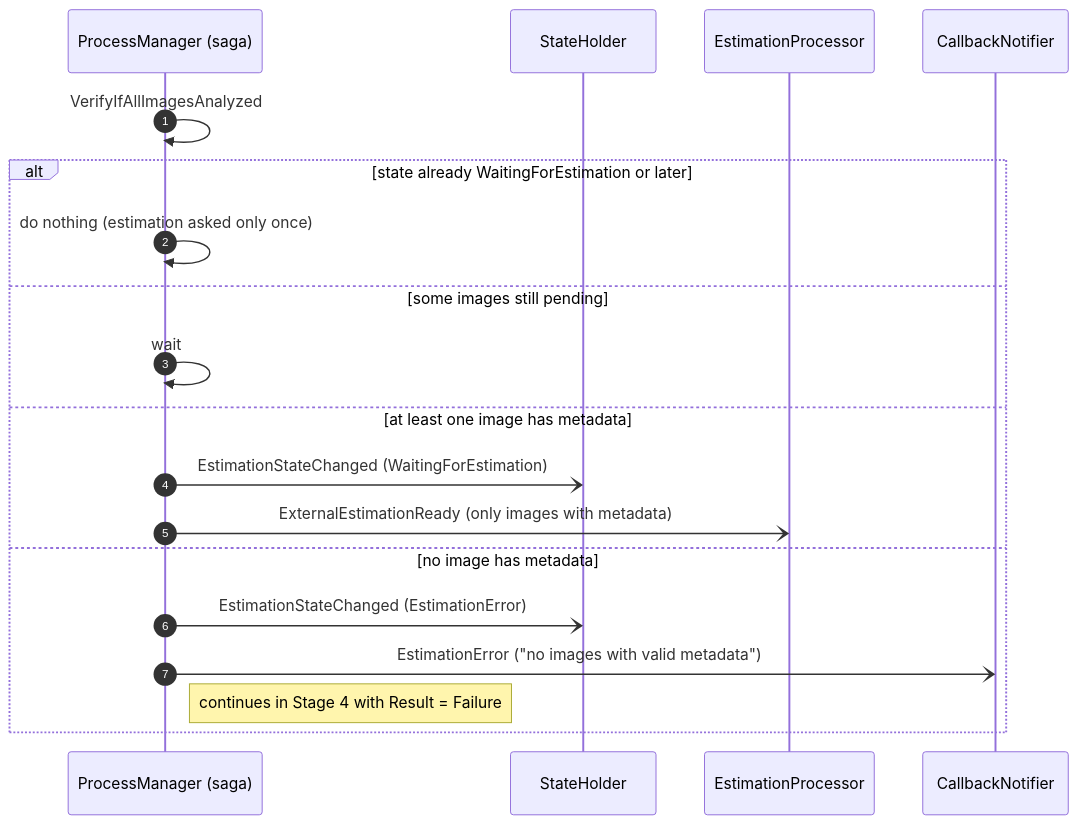
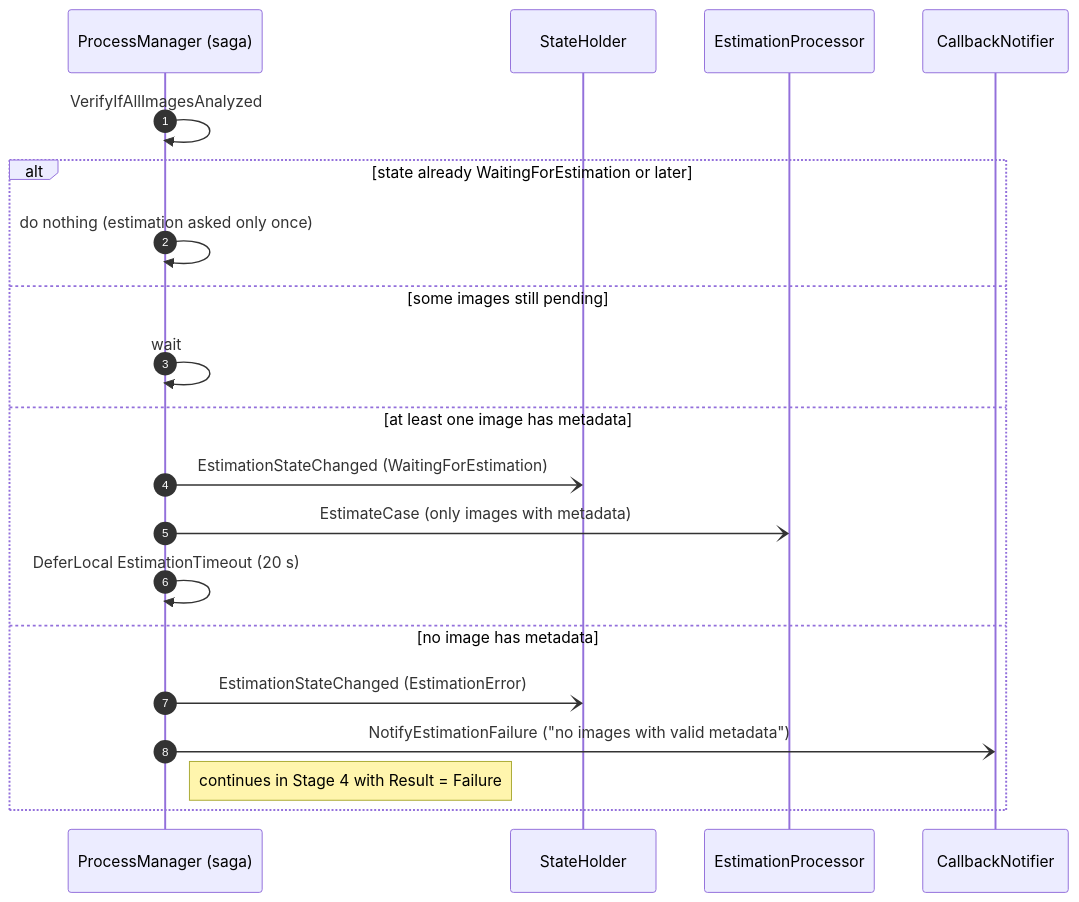
The seventh of 11 diagrams in docs/messages-flow.md (hbiarge/Estimations), drawn with Mermaid before and after one commit. The commit also changed other lines of this file and 106 other files, not shown here.

First line of the commit message:
Close dead ends in the message flows

````diff
--- a/docs/messages-flow.md
+++ b/docs/messages-flow.md
@@ -276,22 +290,23 @@
 ```mermaid
 sequenceDiagram
     autonumber
     participant PM as ProcessManager (saga)
     participant SH as StateHolder
     participant EP as EstimationProcessor
     participant CN as CallbackNotifier
 
     PM->>PM: VerifyIfAllImagesAnalyzed
     alt state already WaitingForEstimation or later
         PM->>PM: do nothing (estimation asked only once)
     else some images still pending
         PM->>PM: wait
     else at least one image has metadata
         PM-)SH: EstimationStateChanged (WaitingForEstimation)
-        PM-)EP: ExternalEstimationReady (only images with metadata)
+        PM-)EP: EstimateCase (only images with metadata)
+        PM->>PM: DeferLocal EstimationTimeout (20 s)
     else no image has metadata
         PM-)SH: EstimationStateChanged (EstimationError)
-        PM-)CN: EstimationError ("no images with valid metadata")
+        PM-)CN: NotifyEstimationFailure ("no images with valid metadata")
         Note right of PM: continues in Stage 4 with Result = Failure
     end
 ```
````
